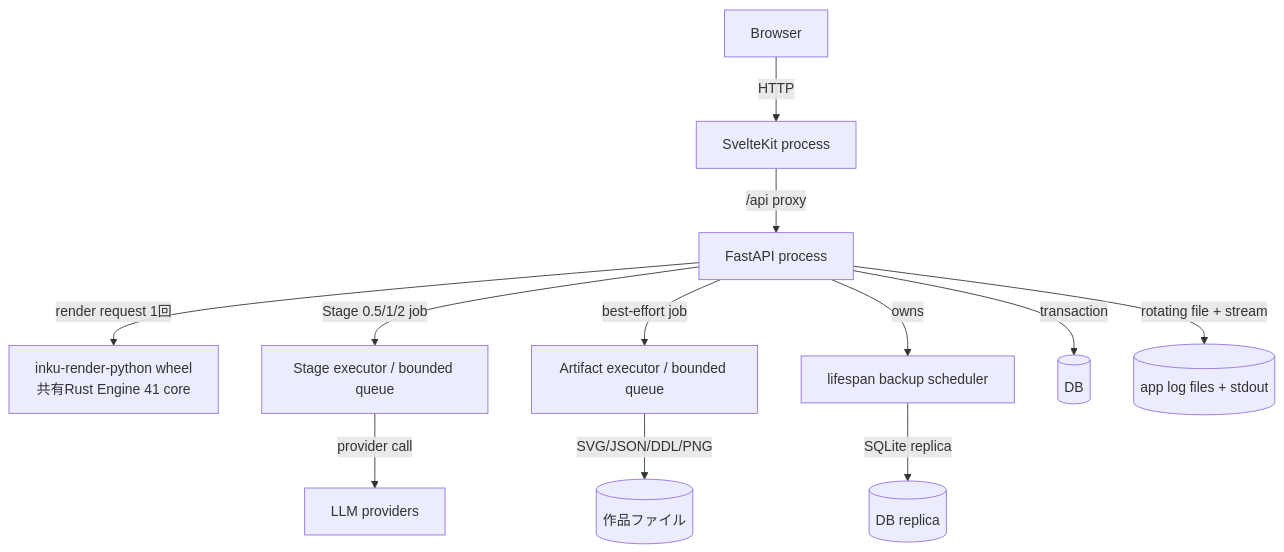
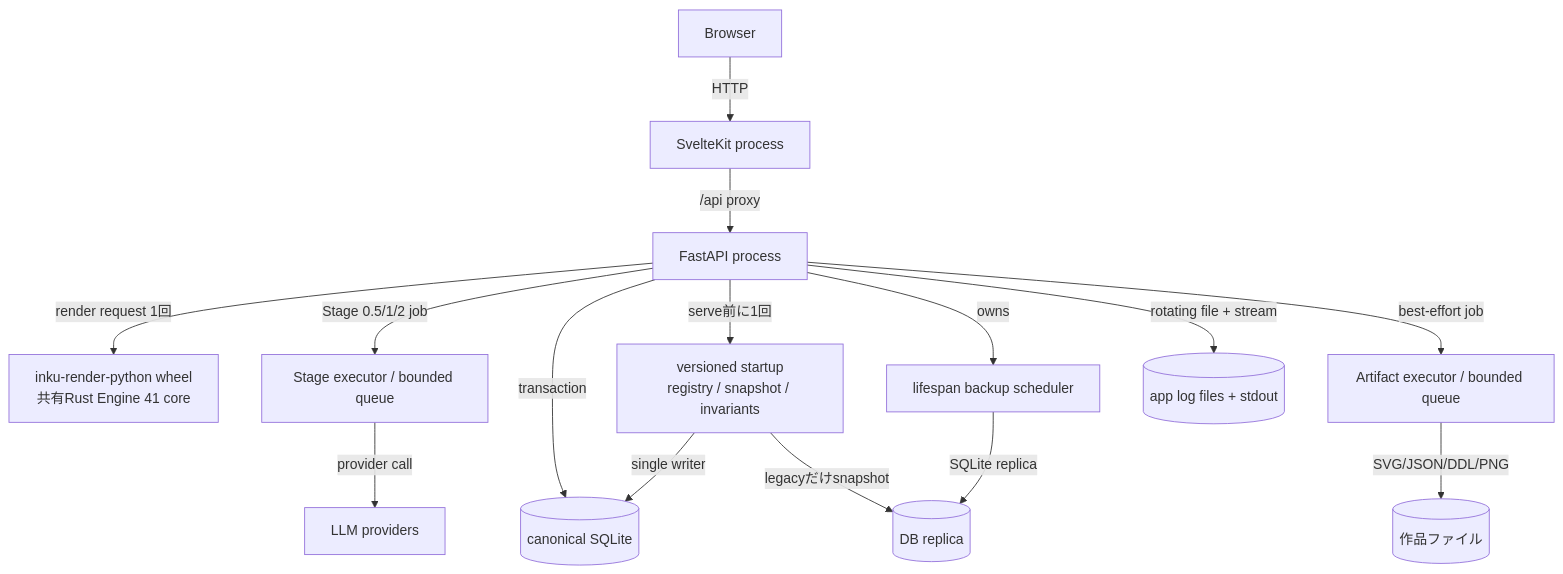
One commit to oikawas/inku-lang changed the first of 2 diagrams in docs/architecture/runtime-containers.ja.md. Above: the diagram before and after it, drawn with Mermaid. The commit also changed other lines of this file and 13 other files, not shown here.

Commit message:
docs: document SQLite persistence architecture

````diff
--- a/docs/architecture/runtime-containers.ja.md
+++ b/docs/architecture/runtime-containers.ja.md
@@ -7,27 +7,31 @@
 ```mermaid
 flowchart TB
     BROWSER["Browser"]
     WEB_PROC["SvelteKit process"]
     API_PROC["FastAPI process"]
     NATIVE_RENDER["inku-render-python wheel\n共有Rust Engine 41 core"]
     STAGE_POOL["Stage executor / bounded queue"]
     SAVE_POOL["Artifact executor / bounded queue"]
     BACKUP_TASK["lifespan backup scheduler"]
+    MIGRATION["versioned startup\nregistry / snapshot / invariants"]
     PROVIDERS["LLM providers"]
-    DB[("DB")]
+    DB[("canonical SQLite")]
     OUTPUTS[("作品ファイル")]
     BACKUPS[("DB replica")]
     LOGS[("app log files + stdout")]
 
     BROWSER -->|"HTTP"| WEB_PROC
     WEB_PROC -->|"/api proxy"| API_PROC
     API_PROC -->|"render request 1回"| NATIVE_RENDER
     API_PROC -->|"Stage 0.5/1/2 job"| STAGE_POOL
     STAGE_POOL -->|"provider call"| PROVIDERS
     API_PROC -->|"transaction"| DB
+    API_PROC -->|"serve前に1回"| MIGRATION
+    MIGRATION -->|"single writer"| DB
+    MIGRATION -->|"legacyだけsnapshot"| BACKUPS
     API_PROC -->|"best-effort job"| SAVE_POOL
     SAVE_POOL -->|"SVG/JSON/DDL/PNG"| OUTPUTS
     API_PROC -->|"owns"| BACKUP_TASK
     BACKUP_TASK -->|"SQLite replica"| BACKUPS
     API_PROC -->|"rotating file + stream"| LOGS
 ```
````
